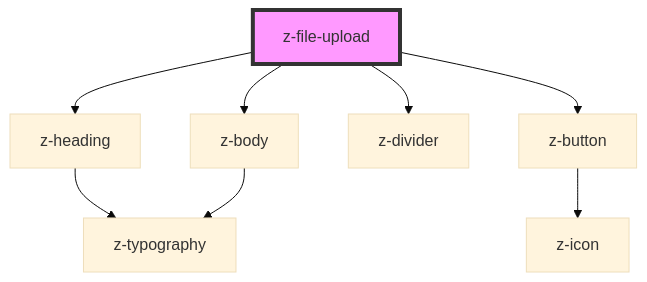
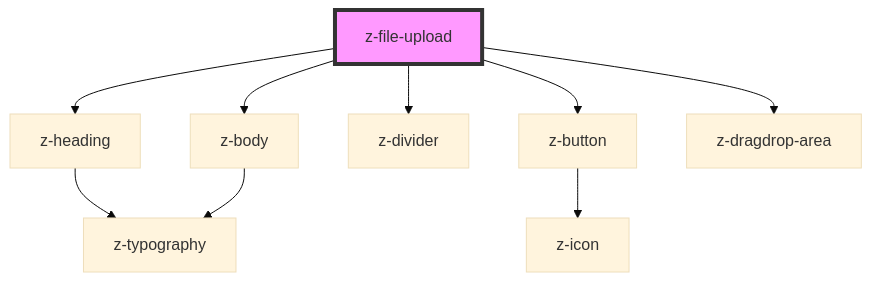
One commit to ZanichelliEditore/design-system changed the diagram in src/components/z-file-upload/readme.md. Above: the diagram before and after it, drawn with Mermaid (base theme). The commit also changed other lines of this file and 2 other files, not shown here.

````diff
--- a/src/components/z-file-upload/readme.md
+++ b/src/components/z-file-upload/readme.md
@@ -33,11 +35,12 @@
 ```mermaid
 graph TD;
   z-file-upload --> z-heading
   z-file-upload --> z-body
   z-file-upload --> z-divider
   z-file-upload --> z-button
+  z-file-upload --> z-dragdrop-area
   z-heading --> z-typography
   z-body --> z-typography
   z-button --> z-icon
   style z-file-upload fill:#f9f,stroke:#333,stroke-width:4px
 ```
````
